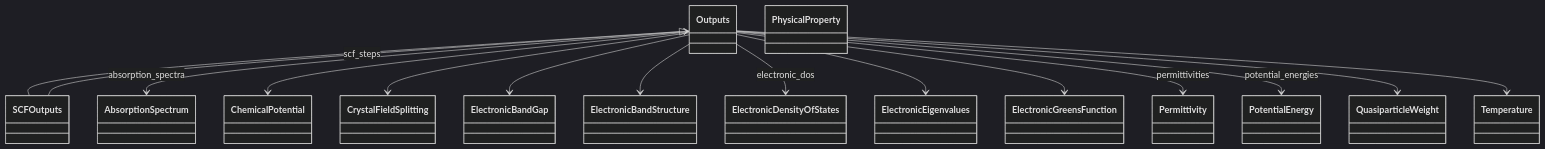
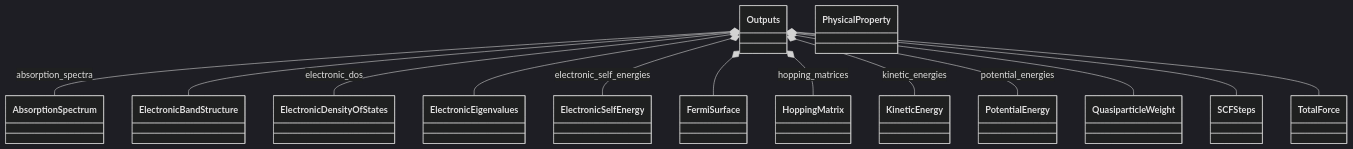
Before and after one commit to FAIRmat-NFDI/nomad-simulations: the first of 2 diagrams in docs/schema/outputs.diagram.md, drawn with Mermaid (dark theme). The commit also changed other lines of this file and 38 other files, not shown here.

First line of the commit message:
add legend to UML diagrams, fix diagram arrows (#360)

````diff
--- a/docs/schema/outputs.diagram.md
+++ b/docs/schema/outputs.diagram.md
@@ -15,47 +14,43 @@
 ```mermaid
 classDiagram
     class AbsorptionSpectrum {
-    }
-    class ChemicalPotential {
-    }
-    class CrystalFieldSplitting {
-    }
-    class ElectronicBandGap {
     }
     class ElectronicBandStructure {
     }
     class ElectronicDensityOfStates {
     }
     class ElectronicEigenvalues {
     }
-    class ElectronicGreensFunction {
+    class ElectronicSelfEnergy {
+    }
+    class FermiSurface {
+    }
+    class HoppingMatrix {
+    }
+    class KineticEnergy {
     }
     class Outputs {
-    }
-    class Permittivity {
     }
     class PhysicalProperty {
     }
     class PotentialEnergy {
     }
     class QuasiparticleWeight {
     }
-    class SCFOutputs {
+    class SCFSteps {
     }
-    class Temperature {
+    class TotalForce {
     }
-    Outputs <|-- SCFOutputs
-    Outputs --> AbsorptionSpectrum : absorption_spectra
-    Outputs --> ChemicalPotential
-    Outputs --> CrystalFieldSplitting
-    Outputs --> ElectronicBandGap
-    Outputs --> ElectronicBandStructure
-    Outputs --> ElectronicDensityOfStates : electronic_dos
-    Outputs --> ElectronicEigenvalues
-    Outputs --> ElectronicGreensFunction
-    Outputs --> Permittivity : permittivities
-    Outputs --> PotentialEnergy : potential_energies
-    Outputs --> QuasiparticleWeight
-    Outputs --> Temperature
-    SCFOutputs --> Outputs : scf_steps
+    Outputs *-- AbsorptionSpectrum : absorption_spectra
+    Outputs *-- ElectronicBandStructure
+    Outputs *-- ElectronicDensityOfStates : electronic_dos
+    Outputs *-- ElectronicEigenvalues
+    Outputs *-- ElectronicSelfEnergy : electronic_self_energies
+    Outputs *-- FermiSurface
+    Outputs *-- HoppingMatrix : hopping_matrices
+    Outputs *-- KineticEnergy : kinetic_energies
+    Outputs *-- PotentialEnergy : potential_energies
+    Outputs *-- QuasiparticleWeight
+    Outputs *-- SCFSteps
+    Outputs *-- TotalForce
 ```
````
